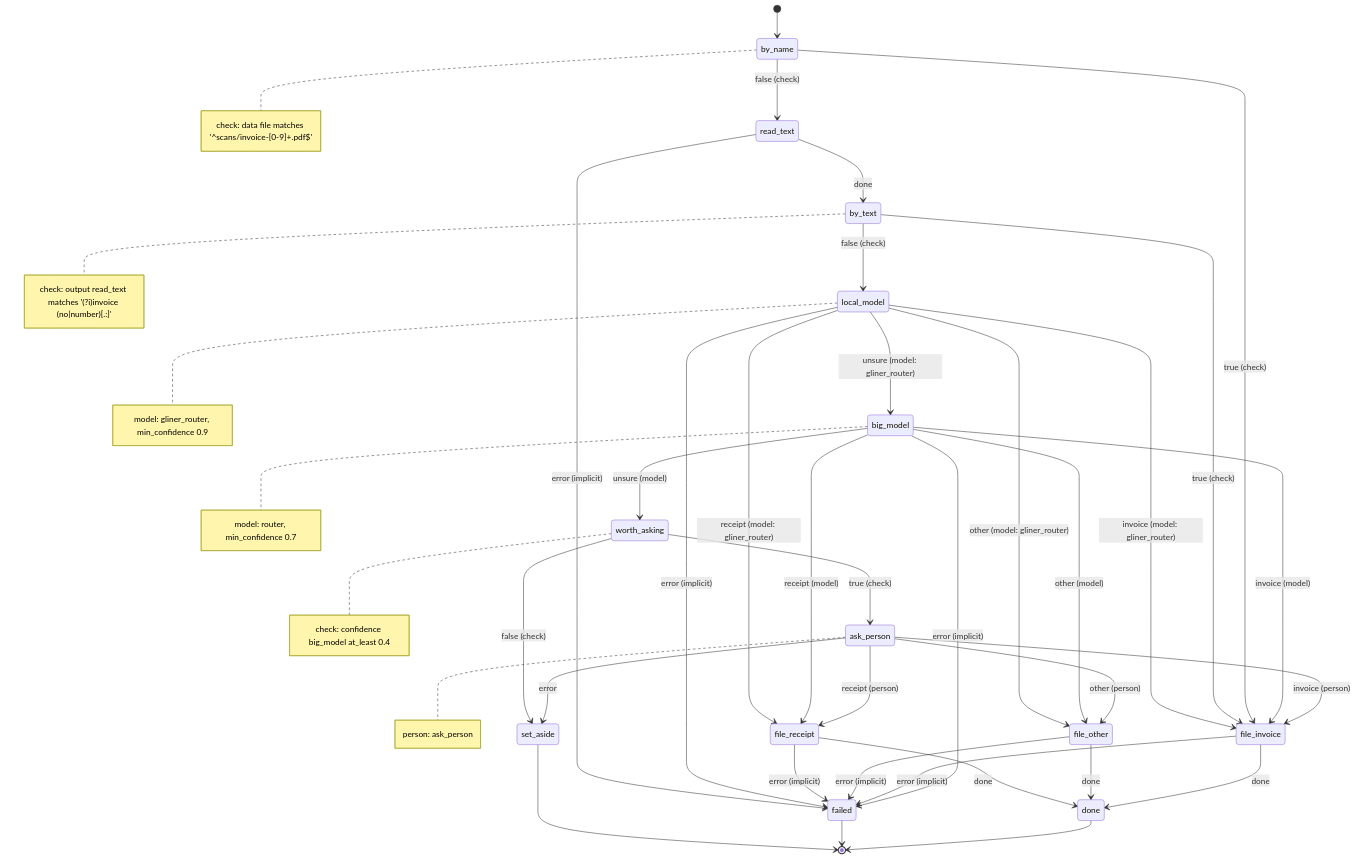
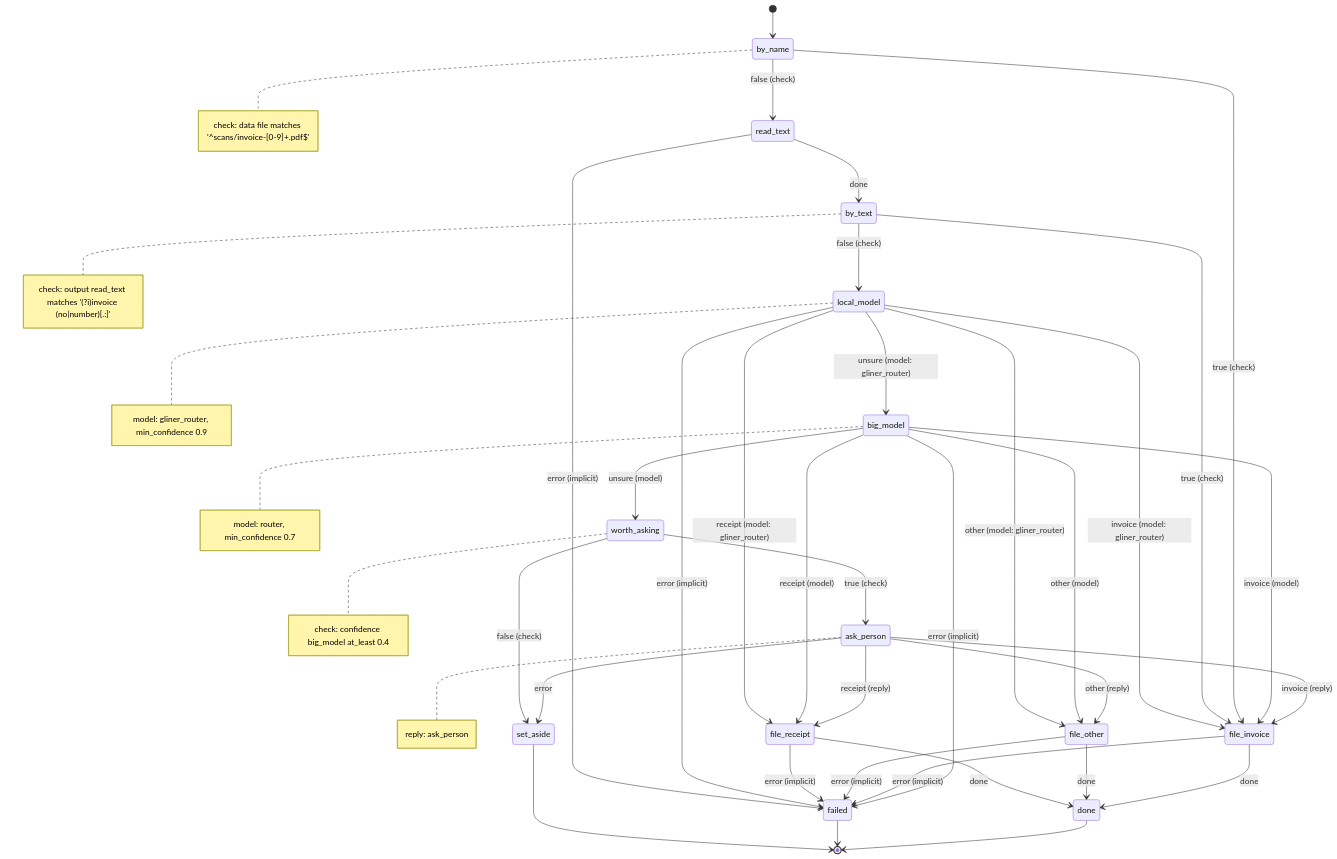
The diagram in tests/fixtures/escalation/.decree/graph/file_document.md (jtmckay/decree), drawn with Mermaid before and after one commit. The commit also changed 68 other files, not shown here.

First line of the commit message:
A11b: The `person` invoke is `reply`, and its `ask` script is `notify` (A11b-person-is-reply.md)

````diff
--- a/tests/fixtures/escalation/.decree/graph/file_document.md
+++ b/tests/fixtures/escalation/.decree/graph/file_document.md
@@ -7,53 +7,53 @@
 ```mermaid
 stateDiagram-v2
     [*] --> by_name
     ask_person --> set_aside: error
-    ask_person --> file_invoice: invoice (person)
-    ask_person --> file_other: other (person)
-    ask_person --> file_receipt: receipt (person)
+    ask_person --> file_invoice: invoice (reply)
+    ask_person --> file_other: other (reply)
+    ask_person --> file_receipt: receipt (reply)
     big_model --> failed: error (implicit)
     big_model --> file_invoice: invoice (model)
     big_model --> file_other: other (model)
     big_model --> file_receipt: receipt (model)
     big_model --> worth_asking: unsure (model)
     by_name --> read_text: false (check)
     by_name --> file_invoice: true (check)
     by_text --> local_model: false (check)
     by_text --> file_invoice: true (check)
     file_invoice --> done: done
     file_invoice --> failed: error (implicit)
     file_other --> done: done
     file_other --> failed: error (implicit)
     file_receipt --> done: done
     file_receipt --> failed: error (implicit)
     local_model --> failed: error (implicit)
     local_model --> file_invoice: invoice (model: gliner_router)
     local_model --> file_other: other (model: gliner_router)
     local_model --> file_receipt: receipt (model: gliner_router)
     local_model --> big_model: unsure (model: gliner_router)
     read_text --> by_text: done
     read_text --> failed: error (implicit)
     worth_asking --> set_aside: false (check)
     worth_asking --> ask_person: true (check)
     done --> [*]
     failed --> [*]
     set_aside --> [*]
     note right of ask_person
-        person: ask_person
+        reply: ask_person
     end note
     note right of big_model
         model: router, min_confidence 0.7
     end note
     note right of by_name
         check: data file matches '^scans/invoice-[0-9]+\.pdf$'
     end note
     note right of by_text
         check: output read_text matches '(?i)invoice (no|number)[.:]'
     end note
     note right of local_model
         model: gliner_router, min_confidence 0.9
     end note
     note right of worth_asking
         check: confidence big_model at_least 0.4
     end note
 ```
````
